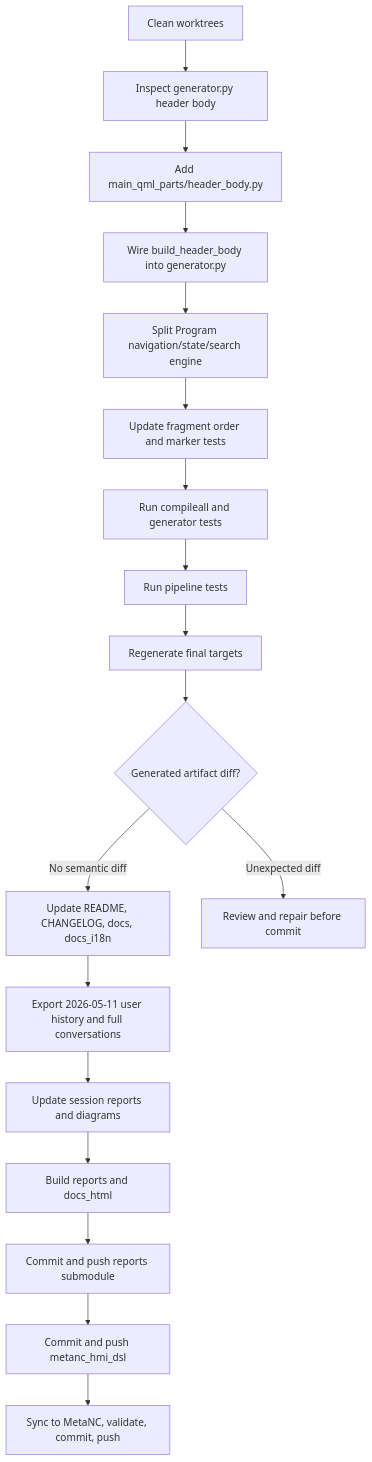
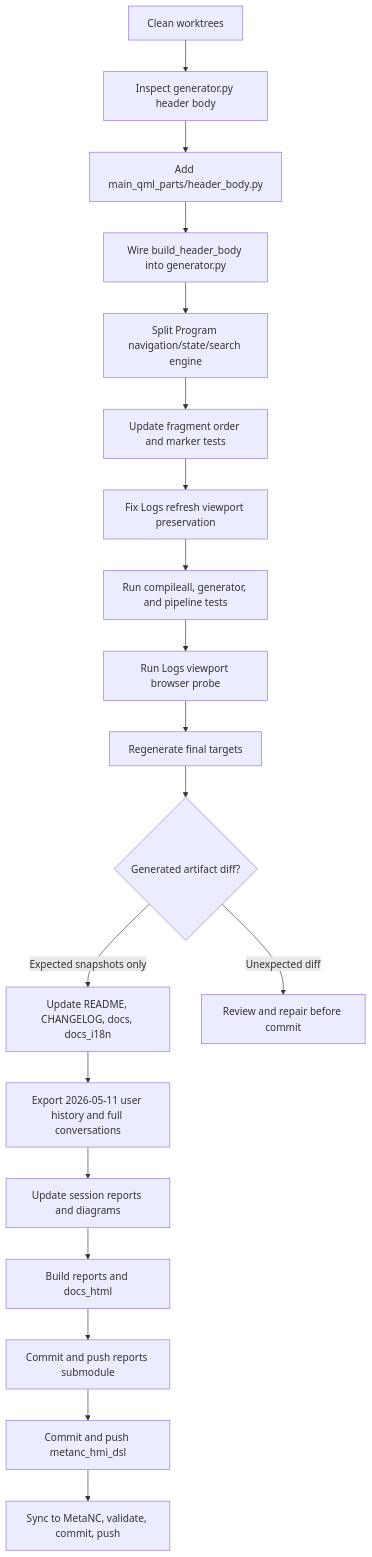
One commit to luppiterw/metanc_hmi_dsl_reports changed the diagram in 2026-05-11-codex-session/workflow-diagram.md. Above: the diagram before and after it, drawn with Mermaid. The commit also changed 19 other files, not shown here.

Commit message:
docs: update 2026-05-11 logs viewport report

````diff
--- a/2026-05-11-codex-session/workflow-diagram.md
+++ b/2026-05-11-codex-session/workflow-diagram.md
@@ -3,20 +3,21 @@
 ```mermaid
 flowchart TD
     A[Clean worktrees] --> B[Inspect generator.py header body]
     B --> C[Add main_qml_parts/header_body.py]
     C --> D[Wire build_header_body into generator.py]
     D --> E[Split Program navigation/state/search engine]
     E --> F[Update fragment order and marker tests]
-    F --> G[Run compileall and generator tests]
-    G --> H[Run pipeline tests]
-    H --> I[Regenerate final targets]
-    I --> J{Generated artifact diff?}
-    J -->|No semantic diff| K[Update README, CHANGELOG, docs, docs_i18n]
-    J -->|Unexpected diff| R[Review and repair before commit]
-    K --> L[Export 2026-05-11 user history and full conversations]
-    L --> M[Update session reports and diagrams]
-    M --> N[Build reports and docs_html]
-    N --> O[Commit and push reports submodule]
-    O --> P[Commit and push metanc_hmi_dsl]
-    P --> Q[Sync to MetaNC, validate, commit, push]
+    F --> G[Fix Logs refresh viewport preservation]
+    G --> H[Run compileall, generator, and pipeline tests]
+    H --> I[Run Logs viewport browser probe]
+    I --> J[Regenerate final targets]
+    J --> K{Generated artifact diff?}
+    K -->|Expected snapshots only| L[Update README, CHANGELOG, docs, docs_i18n]
+    K -->|Unexpected diff| R[Review and repair before commit]
+    L --> M[Export 2026-05-11 user history and full conversations]
+    M --> N[Update session reports and diagrams]
+    N --> O[Build reports and docs_html]
+    O --> P[Commit and push reports submodule]
+    P --> Q[Commit and push metanc_hmi_dsl]
+    Q --> S[Sync to MetaNC, validate, commit, push]
 ```
````
